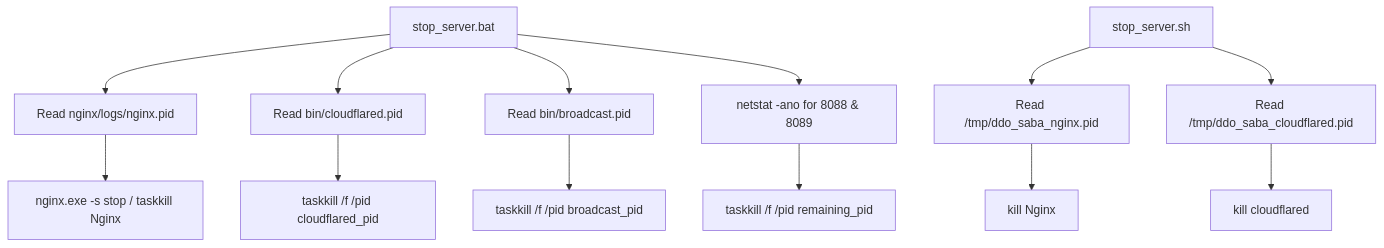
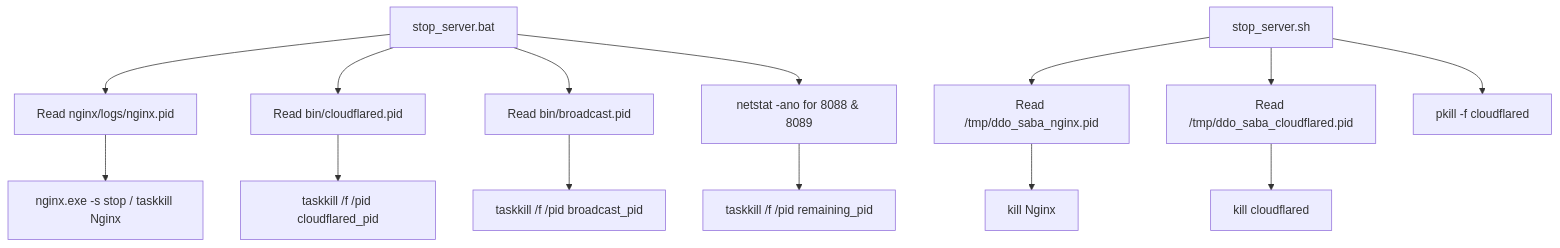
One commit to DovahkiinYuzuko/ddo-saba changed the diagram in docs/variables'n'functions/[Batch]stop_server.md. Above: the diagram before and after it, drawn with Mermaid. The commit also changed other lines of this file and 10 other files, not shown here.

````diff
--- a/docs/variables'n'functions/[Batch]stop_server.md
+++ b/docs/variables'n'functions/[Batch]stop_server.md
@@ -36,16 +38,17 @@
 ```mermaid
 graph TD
     stop_server.bat --> ReadNginxPID["Read nginx/logs/nginx.pid"]
     stop_server.bat --> ReadCFPID["Read bin/cloudflared.pid"]
     stop_server.bat --> ReadBCPID["Read bin/broadcast.pid"]
     stop_server.bat --> ScanPorts["netstat -ano for 8088 & 8089"]
     ReadNginxPID --> StopNginx["nginx.exe -s stop / taskkill Nginx"]
     ReadCFPID --> KillCloudflared["taskkill /f /pid cloudflared_pid"]
     ReadBCPID --> KillBroadcast["taskkill /f /pid broadcast_pid"]
     ScanPorts --> PortCleanup["taskkill /f /pid remaining_pid"]
     
     stop_server.sh --> ReadUnixNginxPID["Read /tmp/ddo_saba_nginx.pid"]
     stop_server.sh --> ReadUnixCFPID["Read /tmp/ddo_saba_cloudflared.pid"]
     ReadUnixNginxPID --> StopUnixNginx["kill Nginx"]
     ReadUnixCFPID --> KillUnixCloudflared["kill cloudflared"]
+    stop_server.sh --> KillLingeringCF["pkill -f cloudflared"]
 ```
````
